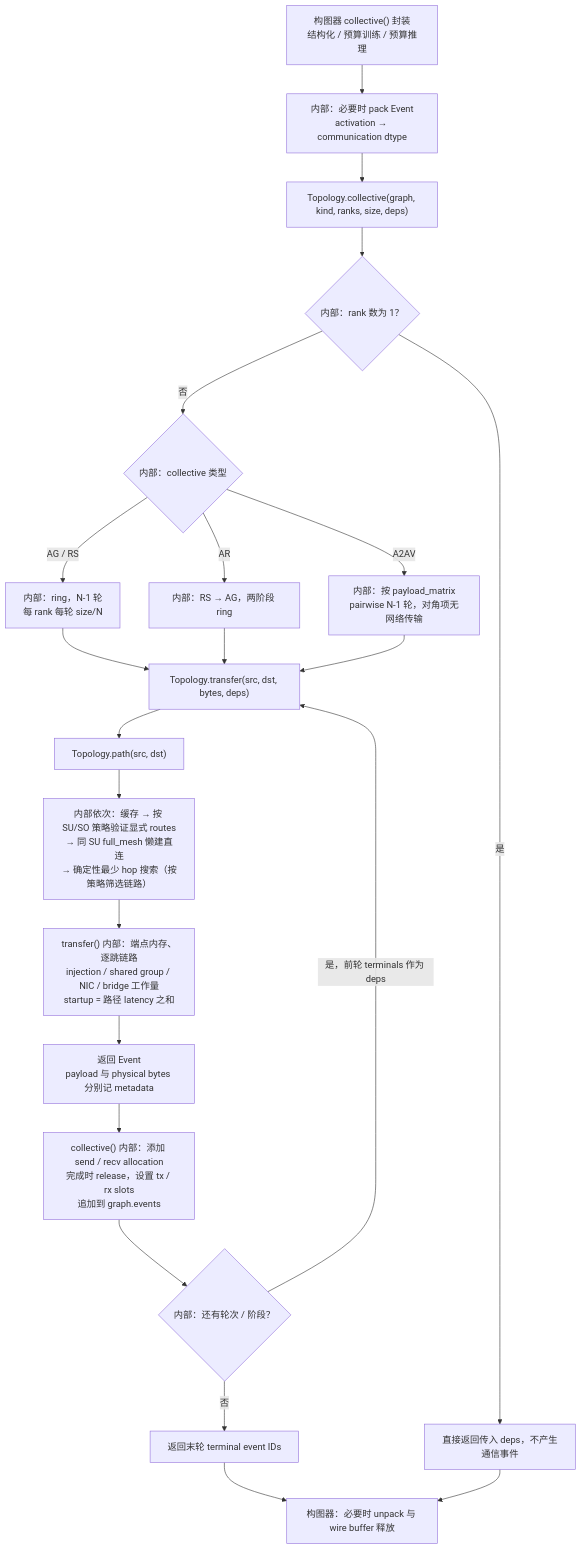
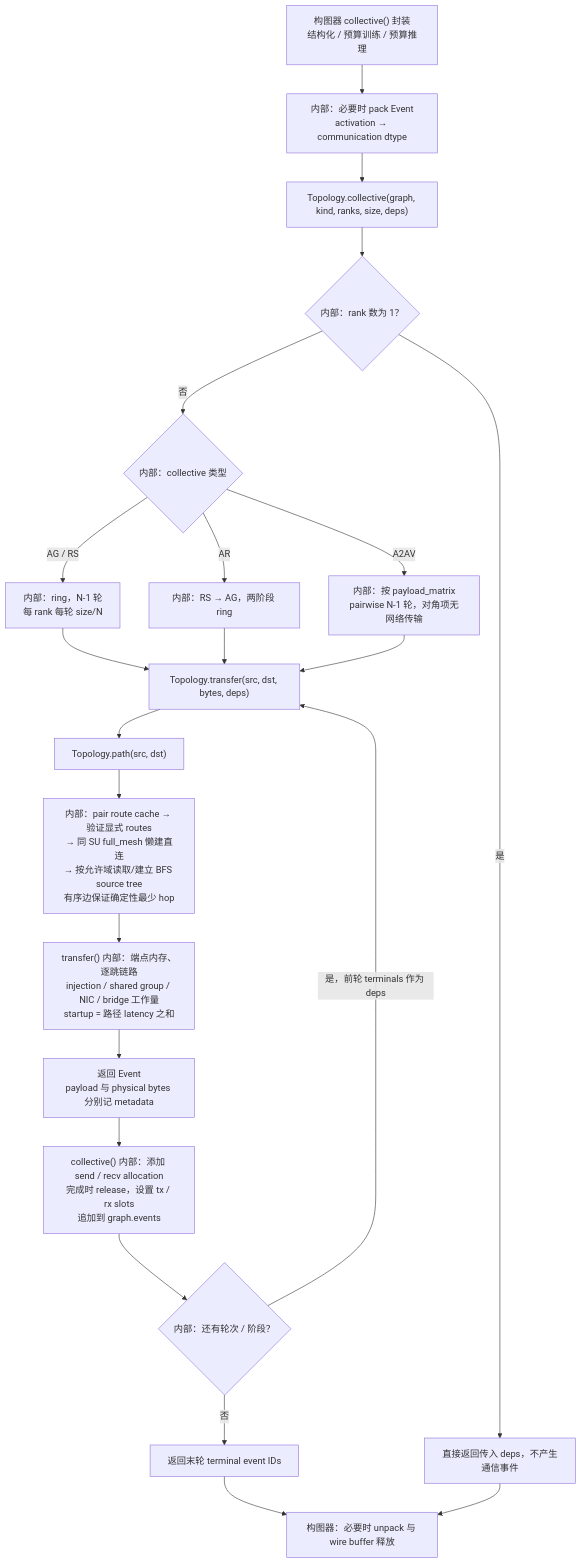
One commit to GuangyuZhu04/supernode_simulation changed the diagram in docs/diagrams/07-collective-topology.mmd. Above: the diagram before and after it, drawn with Mermaid. The commit also changed 11 other files, not shown here.

```diff
--- a/docs/diagrams/07-collective-topology.mmd
+++ b/docs/diagrams/07-collective-topology.mmd
@@ -1,22 +1,22 @@
 flowchart TD
     ENTRY["构图器 collective() 封装<br/>结构化 / 预算训练 / 预算推理"] --> CAST["内部：必要时 pack Event<br/>activation → communication dtype"]
     CAST --> TC["Topology.collective(graph, kind, ranks, size, deps)"]
     TC --> SINGLE{"内部：rank 数为 1？"}
     SINGLE -->|是| IDENTITY["直接返回传入 deps，不产生通信事件"]
     SINGLE -->|否| KIND{"内部：collective 类型"}
     KIND -->|AG / RS| RING["内部：ring，N-1 轮<br/>每 rank 每轮 size/N"]
     KIND -->|AR| AR["内部：RS → AG，两阶段 ring"]
     KIND -->|A2AV| A2A["内部：按 payload_matrix<br/>pairwise N-1 轮，对角项无网络传输"]
     RING --> TRANS["Topology.transfer(src, dst, bytes, deps)"]
     AR --> TRANS
     A2A --> TRANS
     TRANS --> PATH["Topology.path(src, dst)"]
-    PATH --> ROUTE["内部依次：缓存 → 按 SU/SO 策略验证显式 routes<br/>→ 同 SU full_mesh 懒建直连<br/>→ 确定性最少 hop 搜索（按策略筛选链路）"]
+    PATH --> ROUTE["内部：pair route cache → 验证显式 routes<br/>→ 同 SU full_mesh 懒建直连<br/>→ 按允许域读取/建立 BFS source tree<br/>有序边保证确定性最少 hop"]
     ROUTE --> WORK["transfer() 内部：端点内存、逐跳链路<br/>injection / shared group / NIC / bridge 工作量<br/>startup = 路径 latency 之和"]
     WORK --> EVENT["返回 Event<br/>payload 与 physical bytes 分别记 metadata"]
     EVENT --> BUFS["collective() 内部：添加 send / recv allocation<br/>完成时 release，设置 tx / rx slots<br/>追加到 graph.events"]
     BUFS --> NEXT{"内部：还有轮次 / 阶段？"}
     NEXT -->|是，前轮 terminals 作为 deps| TRANS
     NEXT -->|否| TERMINALS["返回末轮 terminal event IDs"]
     TERMINALS --> UNPACK["构图器：必要时 unpack 与 wire buffer 释放"]
     IDENTITY --> UNPACK
```
